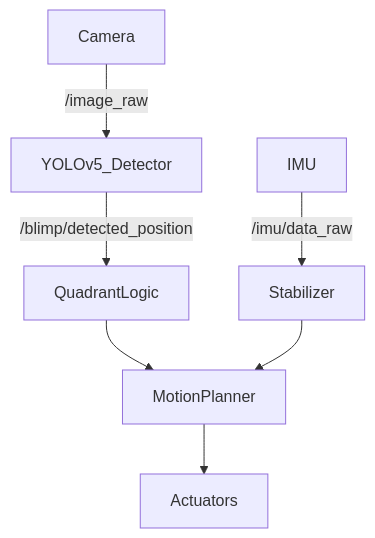
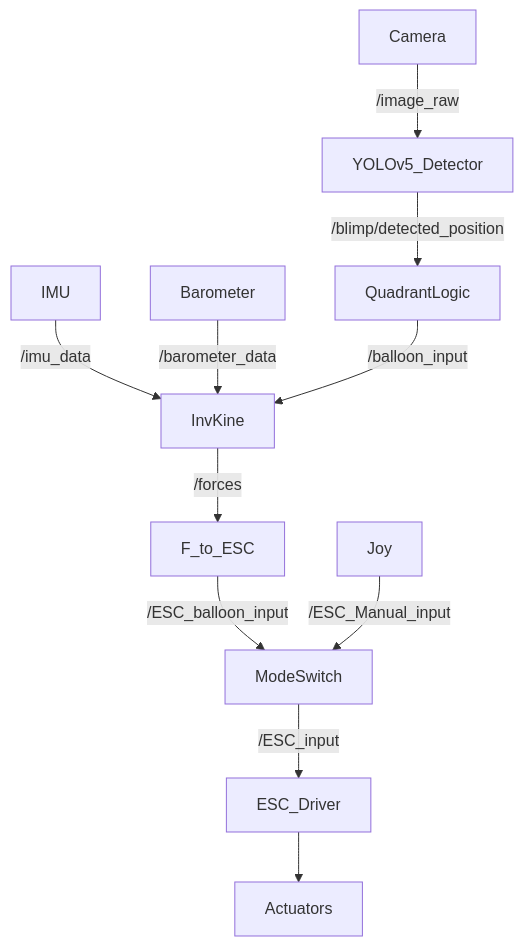
The diagram in docs/Data.md (RAS598-2025-S-Team03/RAS598-2025-S-Team03.github.io), drawn with Mermaid before and after one commit.

````diff
--- a/docs/Data.md
+++ b/docs/Data.md
@@ -53,9 +53,14 @@
 ```mermaid
 graph TD
     Camera -->|/image_raw| YOLOv5_Detector
     YOLOv5_Detector -->|/blimp/detected_position| QuadrantLogic
-    IMU -->|/imu/data_raw| Stabilizer
-    QuadrantLogic --> MotionPlanner
-    Stabilizer --> MotionPlanner
-    MotionPlanner --> Actuators
+    IMU -->|/imu_data| InvKine
+    Barometer -->|/barometer_data| InvKine
+    QuadrantLogic -->|/balloon_input| InvKine
+    InvKine -->|/forces| F_to_ESC
+    F_to_ESC -->|/ESC_balloon_input| ModeSwitch
+    Joy -->|/ESC_Manual_input| ModeSwitch
+    ModeSwitch -->|/ESC_input| ESC_Driver
+    ESC_Driver --> Actuators
+
 ```
````
